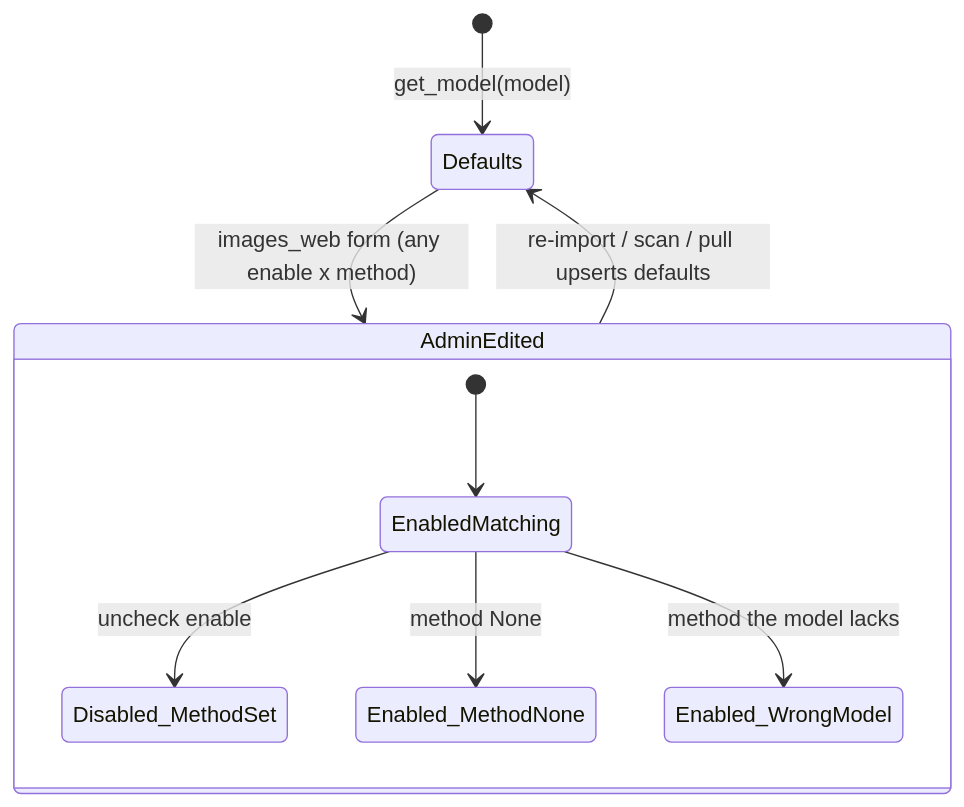
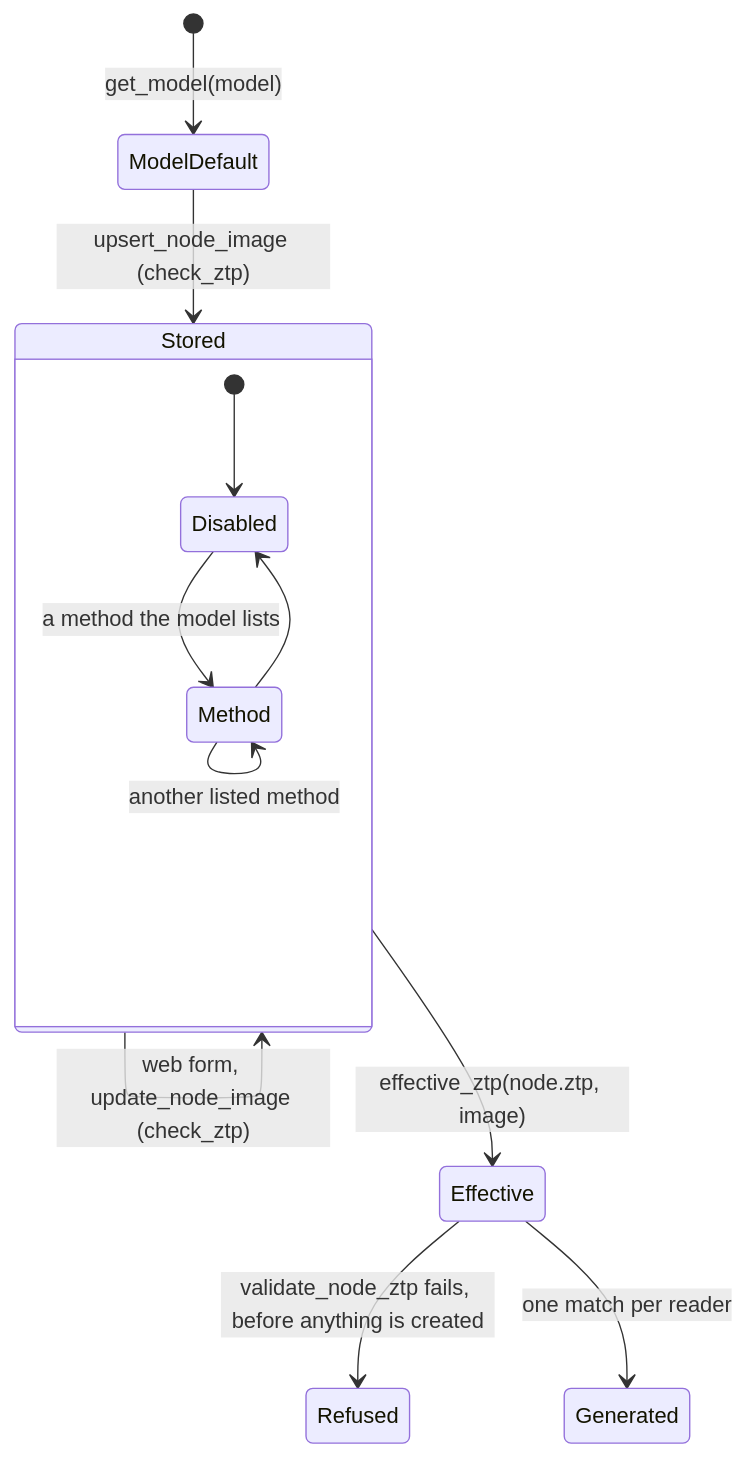
Diagram 22 of 23 in docs/architecture/STATE_MACHINES.md (bwks/sherpa), drawn with Mermaid before and after one commit. The commit also changed other lines of this file and 76 other files, not shown here.

First line of the commit message:
feat: one validated ZTP setting, honoured by containers

````diff
--- a/docs/architecture/STATE_MACHINES.md
+++ b/docs/architecture/STATE_MACHINES.md
@@ -1366,12 +1363,15 @@
 ```mermaid
 stateDiagram-v2
-    [*] --> Defaults : get_model(model)
-    Defaults --> AdminEdited : images_web form (any enable x method)
-    AdminEdited --> Defaults : re-import / scan / pull upserts defaults
-    state AdminEdited {
-        [*] --> EnabledMatching
-        EnabledMatching --> Disabled_MethodSet : uncheck enable
-        EnabledMatching --> Enabled_MethodNone : method None
-        EnabledMatching --> Enabled_WrongModel : method the model lacks
+    [*] --> ModelDefault : get_model(model)
+    ModelDefault --> Stored : upsert_node_image (check_ztp)
+    Stored --> Stored : web form, update_node_image (check_ztp)
+    state Stored {
+        [*] --> Disabled
+        Disabled --> Method : a method the model lists
+        Method --> Disabled
+        Method --> Method : another listed method
     }
+    Stored --> Effective : effective_ztp(node.ztp, image)
+    Effective --> Refused : validate_node_ztp fails, before anything is created
+    Effective --> Generated : one match per reader
 ```
````
